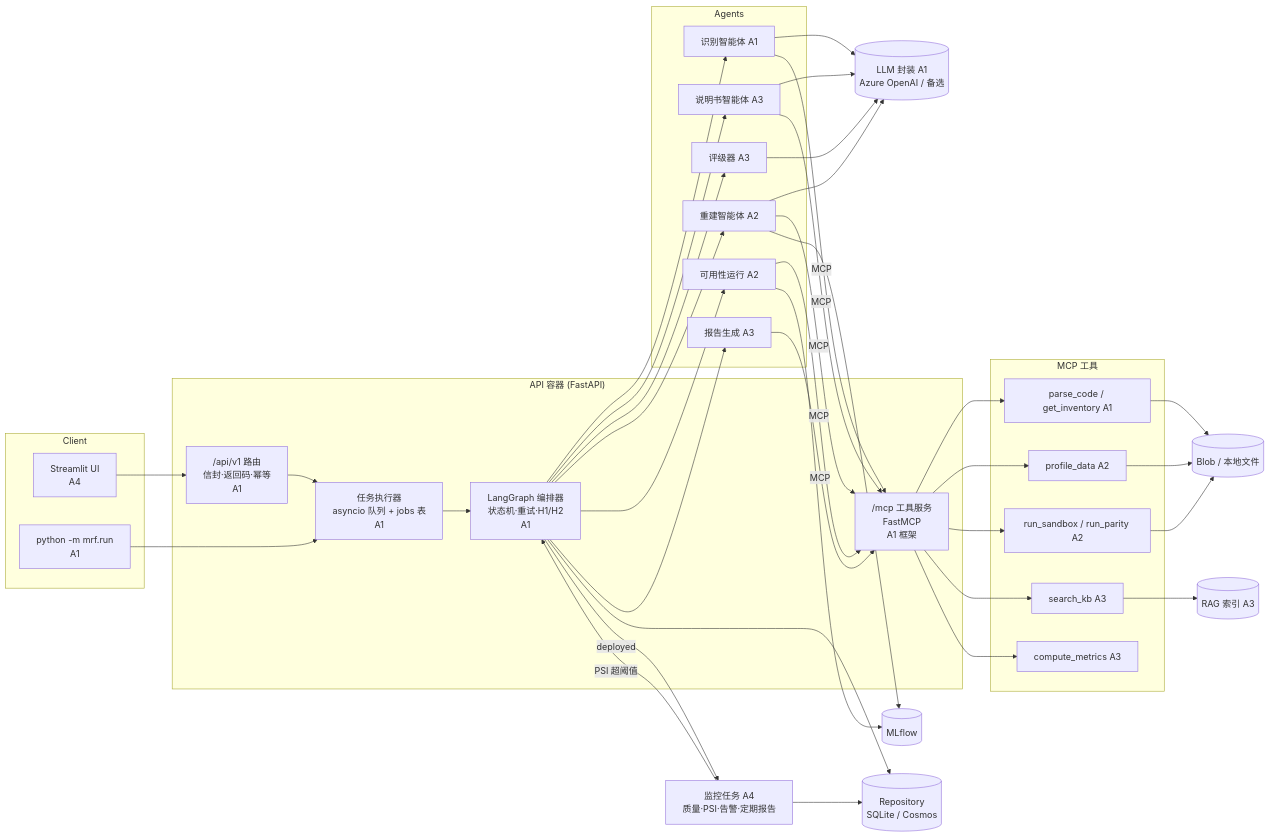
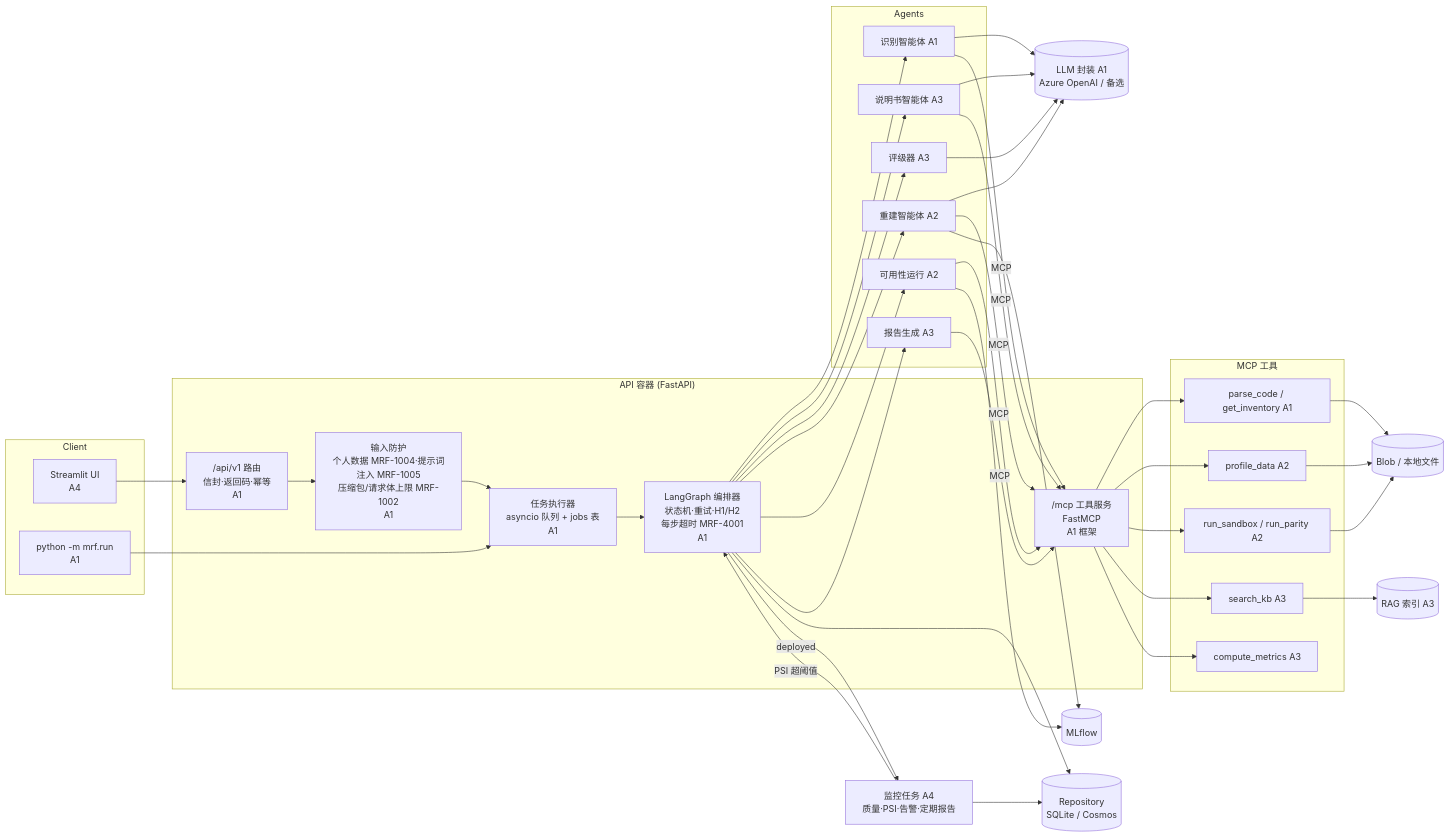
Before and after one commit to LuisWang709/EXL_JLWZ: the first of 3 diagrams in docs/architecture.md, drawn with Mermaid. The commit also changed other lines of this file and 2 other files, not shown here.

First line of the commit message:
docs(a1): architecture diagram with Azure deployment and guards; README for cloud, UI, evaluation; RAI security update

````diff
--- a/docs/architecture.md
+++ b/docs/architecture.md
@@ -7,53 +7,54 @@
 ```mermaid
 flowchart LR
     subgraph Client
       UI[Streamlit UI<br/>A4]
       CLI[python -m mrf.run<br/>A1]
     end
 
     subgraph API["API 容器 (FastAPI)"]
       R["/api/v1 路由<br/>信封·返回码·幂等<br/>A1"]
+      GD["输入防护<br/>个人数据 MRF-1004·提示词注入 MRF-1005<br/>压缩包/请求体上限 MRF-1002<br/>A1"]
       Q["任务执行器<br/>asyncio 队列 + jobs 表<br/>A1"]
-      G["LangGraph 编排器<br/>状态机·重试·H1/H2<br/>A1"]
+      G["LangGraph 编排器<br/>状态机·重试·H1/H2<br/>每步超时 MRF-4001<br/>A1"]
       MCP["/mcp 工具服务<br/>FastMCP<br/>A1 框架"]
     end
 
     subgraph Agents
       C[识别智能体 A1]
       D[说明书智能体 A3]
       RT[评级器 A3]
       RB[重建智能体 A2]
       RUN[可用性运行 A2]
       RP[报告生成 A3]
     end
 
     subgraph Tools["MCP 工具"]
       T1[parse_code / get_inventory A1]
       T2[profile_data A2]
       T3[run_sandbox / run_parity A2]
       T4[search_kb A3]
       T5[compute_metrics A3]
     end
 
     LLM[(LLM 封装 A1<br/>Azure OpenAI / 备选)]
     KB[(RAG 索引 A3)]
     DB[(Repository<br/>SQLite / Cosmos)]
     BLOB[(Blob / 本地文件)]
     MLF[(MLflow)]
     MON[监控任务 A4<br/>质量·PSI·告警·定期报告]
 
     UI --> R
     CLI --> Q
-    R --> Q --> G
+    R --> GD --> Q --> G
     G --> C & D & RT & RB & RUN & RP
     C & D & RT & RB --> LLM
     C & D & RB & RUN & RP -->|MCP| MCP
     MCP --> T1 & T2 & T3 & T4 & T5
     T4 --> KB
     G --> DB
     T1 & T2 & T3 --> BLOB
     RUN & RB --> MLF
     G -->|deployed| MON
     MON --> DB
     MON -->|PSI 超阈值| G
 ```
````
